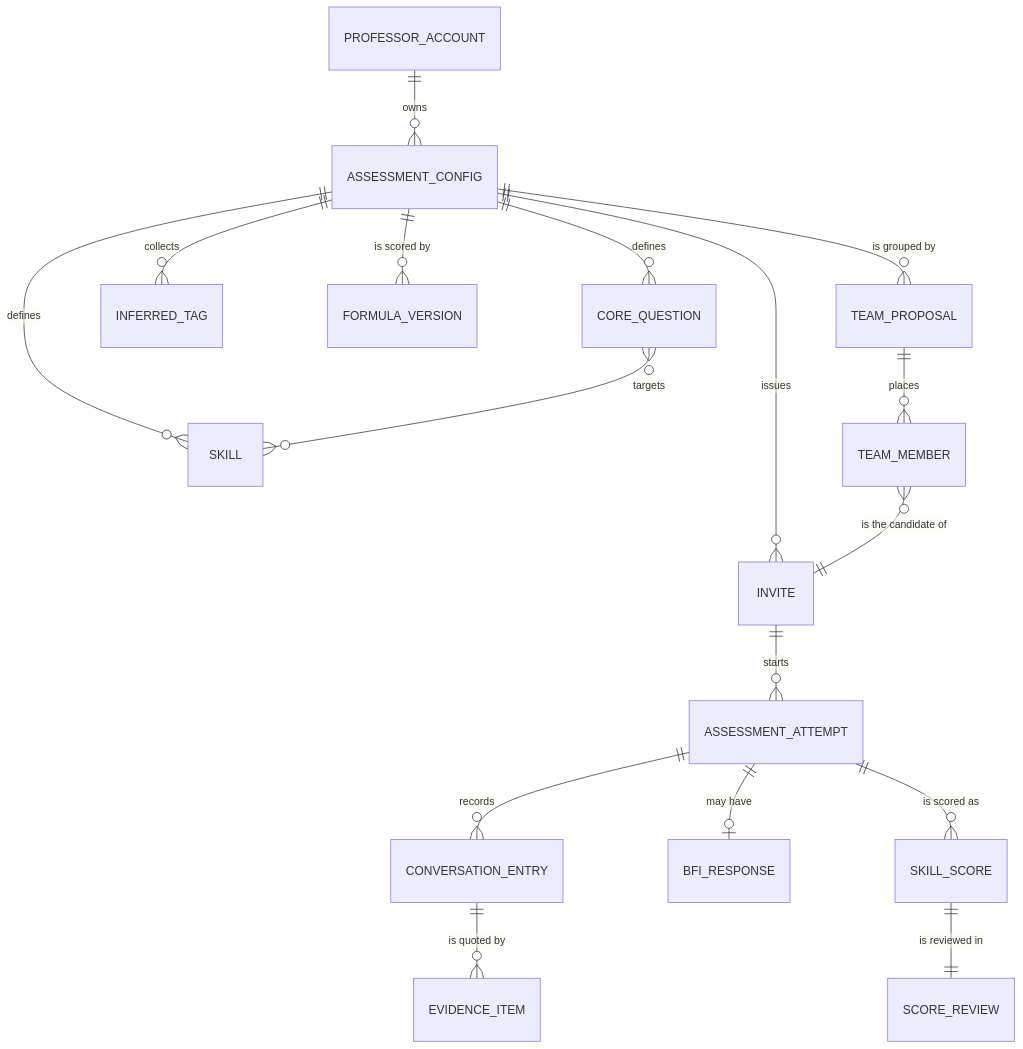
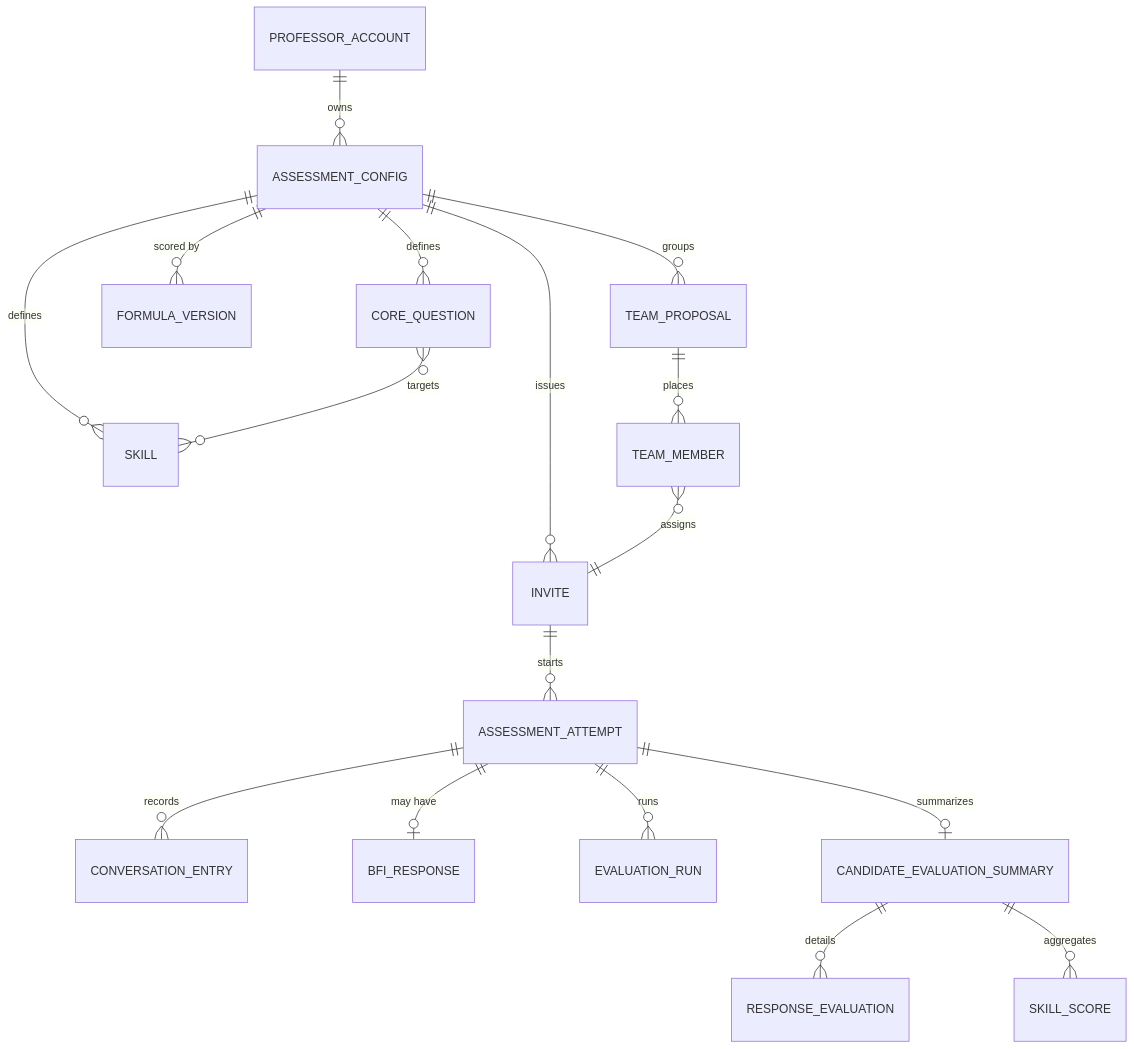
The second of 2 diagrams in docs/architecture.md (BBoushe/nifty), drawn with Mermaid before and after one commit. The commit also changed other lines of this file and 72 other files, not shown here.

````diff
--- a/docs/architecture.md
+++ b/docs/architecture.md
@@ -109,19 +117,19 @@
 ```mermaid
 erDiagram
     PROFESSOR_ACCOUNT ||--o{ ASSESSMENT_CONFIG : owns
     ASSESSMENT_CONFIG ||--o{ SKILL : defines
     ASSESSMENT_CONFIG ||--o{ CORE_QUESTION : defines
     CORE_QUESTION }o--o{ SKILL : targets
-    ASSESSMENT_CONFIG ||--o{ INFERRED_TAG : collects
-    ASSESSMENT_CONFIG ||--o{ FORMULA_VERSION : "is scored by"
     ASSESSMENT_CONFIG ||--o{ INVITE : issues
     INVITE ||--o{ ASSESSMENT_ATTEMPT : starts
     ASSESSMENT_ATTEMPT ||--o{ CONVERSATION_ENTRY : records
     ASSESSMENT_ATTEMPT ||--o| BFI_RESPONSE : "may have"
-    CONVERSATION_ENTRY ||--o{ EVIDENCE_ITEM : "is quoted by"
-    ASSESSMENT_ATTEMPT ||--o{ SKILL_SCORE : "is scored as"
-    SKILL_SCORE ||--|| SCORE_REVIEW : "is reviewed in"
-    ASSESSMENT_CONFIG ||--o{ TEAM_PROPOSAL : "is grouped by"
+    ASSESSMENT_CONFIG ||--o{ FORMULA_VERSION : "scored by"
+    ASSESSMENT_ATTEMPT ||--o{ EVALUATION_RUN : runs
+    ASSESSMENT_ATTEMPT ||--o| CANDIDATE_EVALUATION_SUMMARY : summarizes
+    CANDIDATE_EVALUATION_SUMMARY ||--o{ RESPONSE_EVALUATION : details
+    CANDIDATE_EVALUATION_SUMMARY ||--o{ SKILL_SCORE : aggregates
+    ASSESSMENT_CONFIG ||--o{ TEAM_PROPOSAL : groups
     TEAM_PROPOSAL ||--o{ TEAM_MEMBER : places
-    TEAM_MEMBER }o--|| INVITE : "is the candidate of"
+    TEAM_MEMBER }o--|| INVITE : assigns
 ```
````
